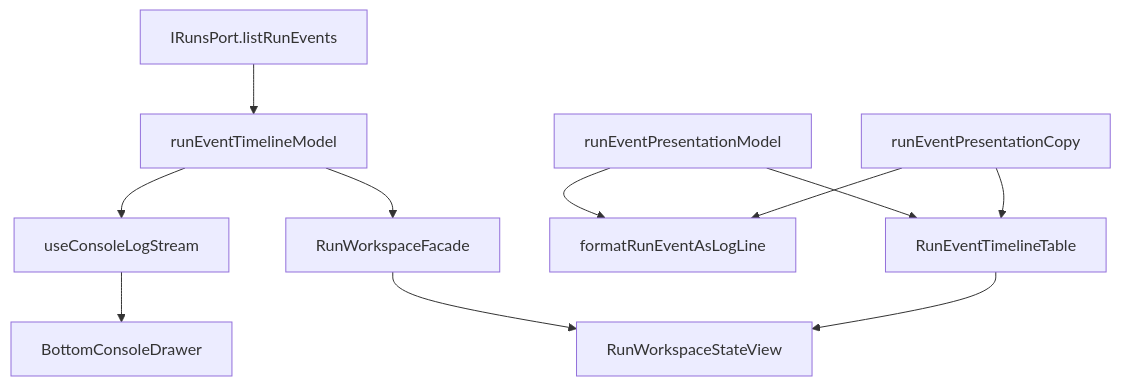
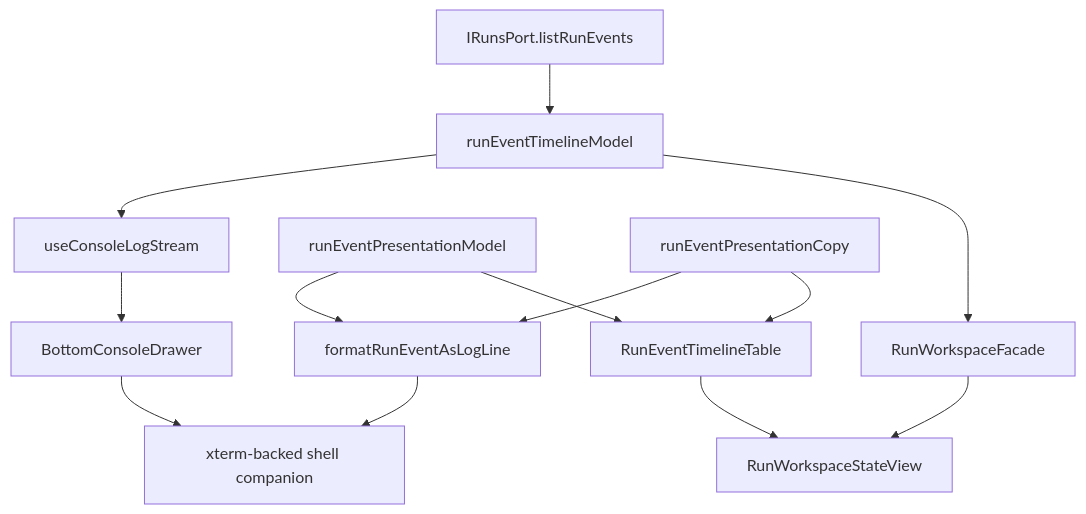
One commit to dunay2/dvt changed the second of 2 diagrams in docs/architecture/components/web/runs/run-event-timeline-component.md. Above: the diagram before and after it, drawn with Mermaid. The commit also changed other lines of this file and 7 other files, not shown here.

````diff
--- a/docs/architecture/components/web/runs/run-event-timeline-component.md
+++ b/docs/architecture/components/web/runs/run-event-timeline-component.md
@@ -60,15 +61,17 @@
 ```mermaid
 flowchart TB
   Port["IRunsPort.listRunEvents"] --> Model["runEventTimelineModel"]
   Model --> ConsoleHook["useConsoleLogStream"]
   Model --> Facade["RunWorkspaceFacade"]
 
   Presentation["runEventPresentationModel"] --> ConsoleFormat["formatRunEventAsLogLine"]
   Presentation --> Table["RunEventTimelineTable"]
   Copy["runEventPresentationCopy"] --> ConsoleFormat
   Copy --> Table
 
+  ConsoleFormat --> Terminal["xterm-backed shell companion"]
   ConsoleHook --> Drawer["BottomConsoleDrawer"]
+  Drawer --> Terminal
   Facade --> Workspace["RunWorkspaceStateView"]
   Table --> Workspace
 ```
````
